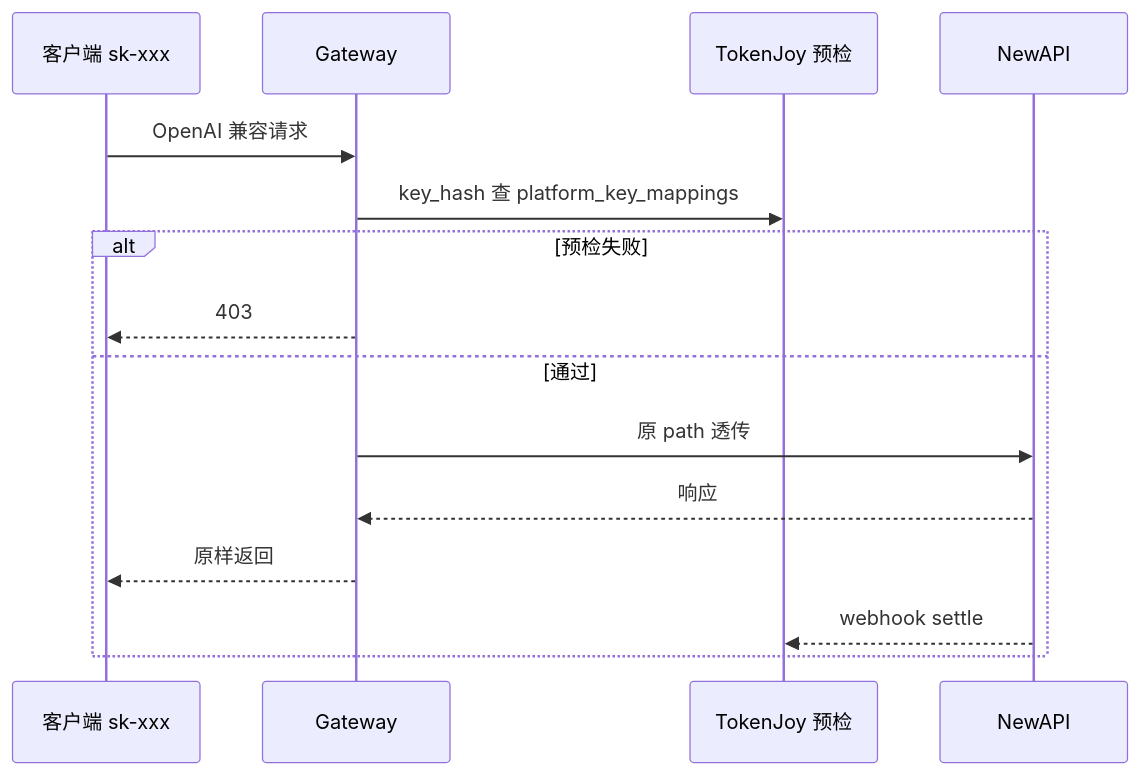
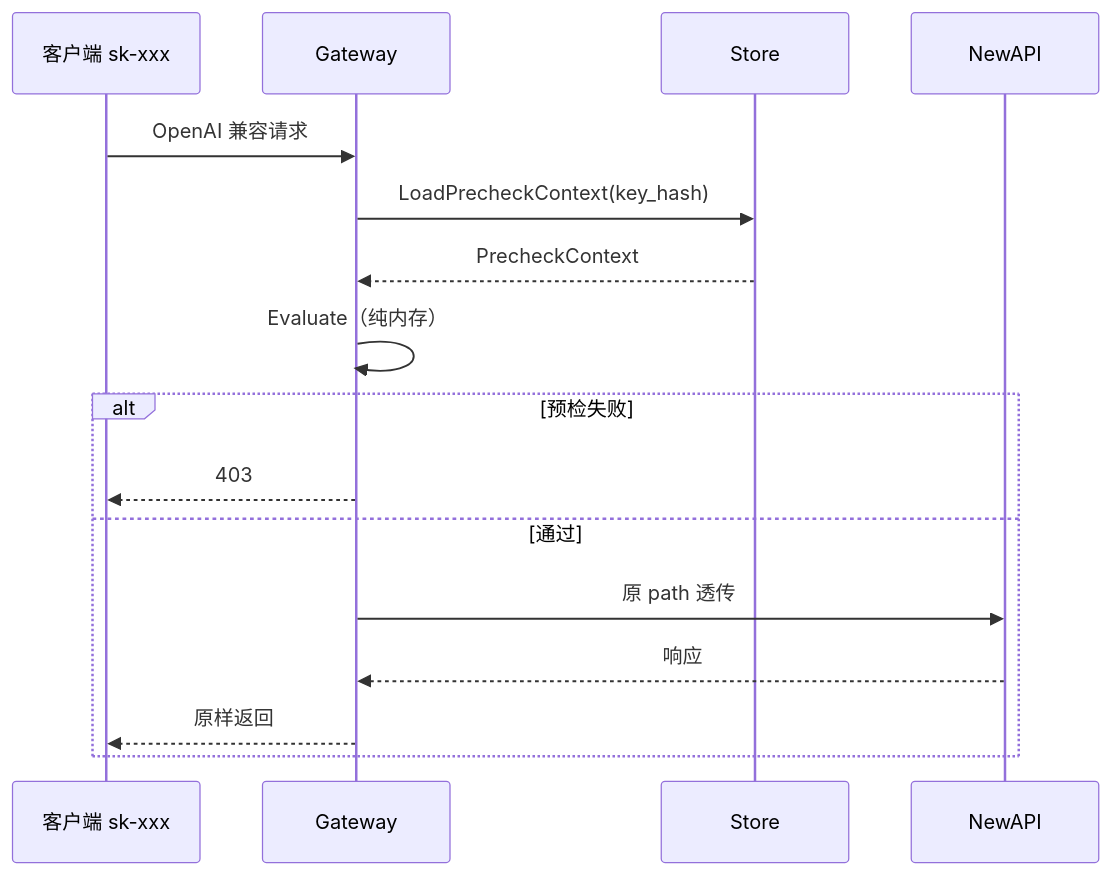
Before and after one commit to quyip8818/mytokenjoy: the third of 6 diagrams in docs/Backend-架构.md, drawn with Mermaid. The commit also changed other lines of this file and 40 other files, not shown here.

First line of the commit message:
feat(gateway): Phase 1 precheck via single LoadPrecheckContext + Evaluate

````diff
--- a/docs/Backend-架构.md
+++ b/docs/Backend-架构.md
@@ -299,18 +299,19 @@
 ```mermaid
 sequenceDiagram
   participant C as 客户端 sk-xxx
   participant GW as Gateway
-  participant TJ as TokenJoy 预检
+  participant ST as Store
   participant NA as NewAPI
 
   C->>GW: OpenAI 兼容请求
-  GW->>TJ: key_hash 查 platform_key_mappings
+  GW->>ST: LoadPrecheckContext(key_hash)
+  ST-->>GW: PrecheckContext
+  GW->>GW: Evaluate（纯内存）
   alt 预检失败
     GW-->>C: 403
   else 通过
     GW->>NA: 原 path 透传
     NA-->>GW: 响应
     GW-->>C: 原样返回
-    NA-->>TJ: webhook settle
   end
 ```
````
